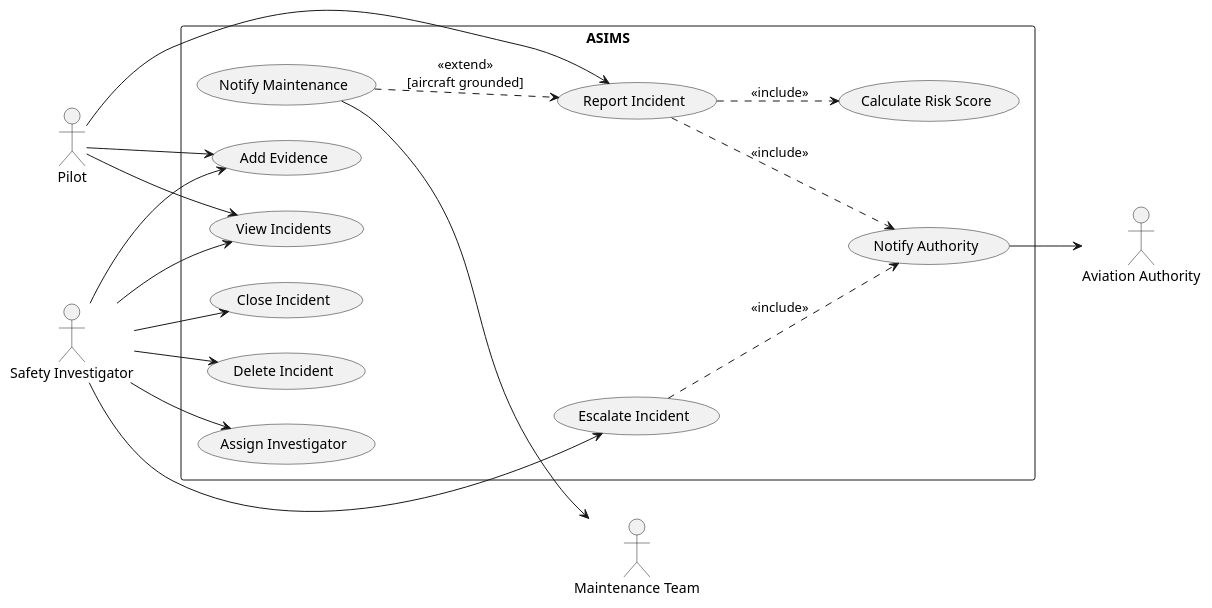
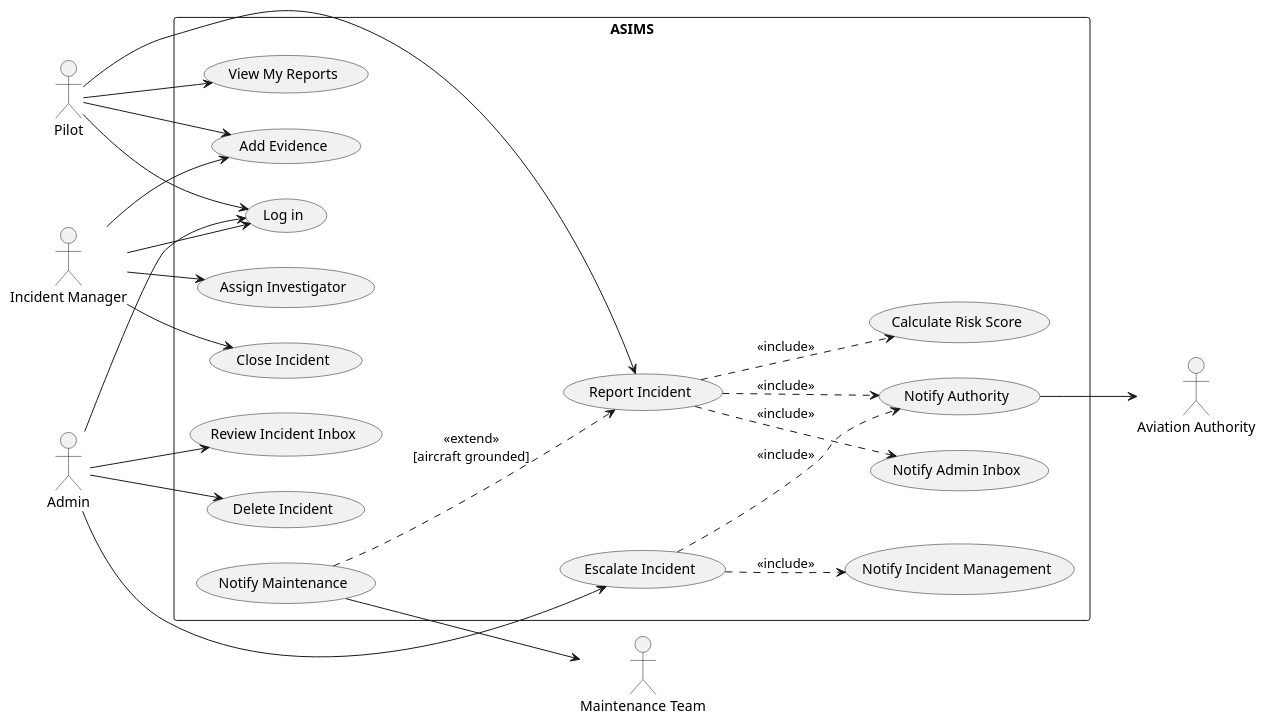
One commit to hassanshakil22/OOAD-ASIMS changed the first of 10 diagrams in docs/UML_DIAGRAMS.md. Above: the diagram before and after it, drawn with PlantUML. The commit also changed other lines of this file and 25 other files, not shown here.

Commit message:
Update report, UML diagrams, test results and README for the new system

````diff
--- a/docs/UML_DIAGRAMS.md
+++ b/docs/UML_DIAGRAMS.md
@@ -22,42 +14,52 @@
 ```plantuml
 @startuml
 left to right direction
 skinparam packageStyle rectangle
 
 actor Pilot
-actor "Safety Investigator" as Investigator
+actor "Admin" as Admin
+actor "Incident Manager" as Manager
 actor "Aviation Authority" as Authority
 actor "Maintenance Team" as Maintenance
 
 rectangle "ASIMS" {
+  usecase "Log in" as UC0
   usecase "Report Incident" as UC1
   usecase "Calculate Risk Score" as UC2
-  usecase "Notify Authority" as UC3
-  usecase "Notify Maintenance" as UC4
-  usecase "Add Evidence" as UC5
-  usecase "View Incidents" as UC6
-  usecase "Assign Investigator" as UC7
-  usecase "Escalate Incident" as UC8
+  usecase "View My Reports" as UC3
+  usecase "Add Evidence" as UC4
+  usecase "Review Incident Inbox" as UC5
+  usecase "Escalate Incident" as UC6
+  usecase "Delete Incident" as UC7
+  usecase "Assign Investigator" as UC8
   usecase "Close Incident" as UC9
-  usecase "Delete Incident" as UC10
+  usecase "Notify Admin Inbox" as UC10
+  usecase "Notify Authority" as UC11
+  usecase "Notify Incident Management" as UC12
+  usecase "Notify Maintenance" as UC13
 }
 
+Pilot --> UC0
+Admin --> UC0
+Manager --> UC0
 Pilot --> UC1
-Pilot --> UC5
-Pilot --> UC6
-Investigator --> UC5
-Investigator --> UC6
-Investigator --> UC7
-Investigator --> UC8
-Investigator --> UC9
-Investigator --> UC10
+Pilot --> UC3
+Pilot --> UC4
+Admin --> UC5
+Admin --> UC6
+Admin --> UC7
+Manager --> UC8
+Manager --> UC9
+Manager --> UC4
 
 UC1 ..> UC2 : <<include>>
-UC1 ..> UC3 : <<include>>
-UC8 ..> UC3 : <<include>>
-UC4 ..> UC1 : <<extend>>\n[aircraft grounded]
+UC1 ..> UC10 : <<include>>
+UC1 ..> UC11 : <<include>>
+UC6 ..> UC11 : <<include>>
+UC6 ..> UC12 : <<include>>
+UC13 ..> UC1 : <<extend>>\n[aircraft grounded]
 
-UC3 --> Authority
-UC4 --> Maintenance
+UC11 --> Authority
+UC13 --> Maintenance
 @enduml
 ```
````
